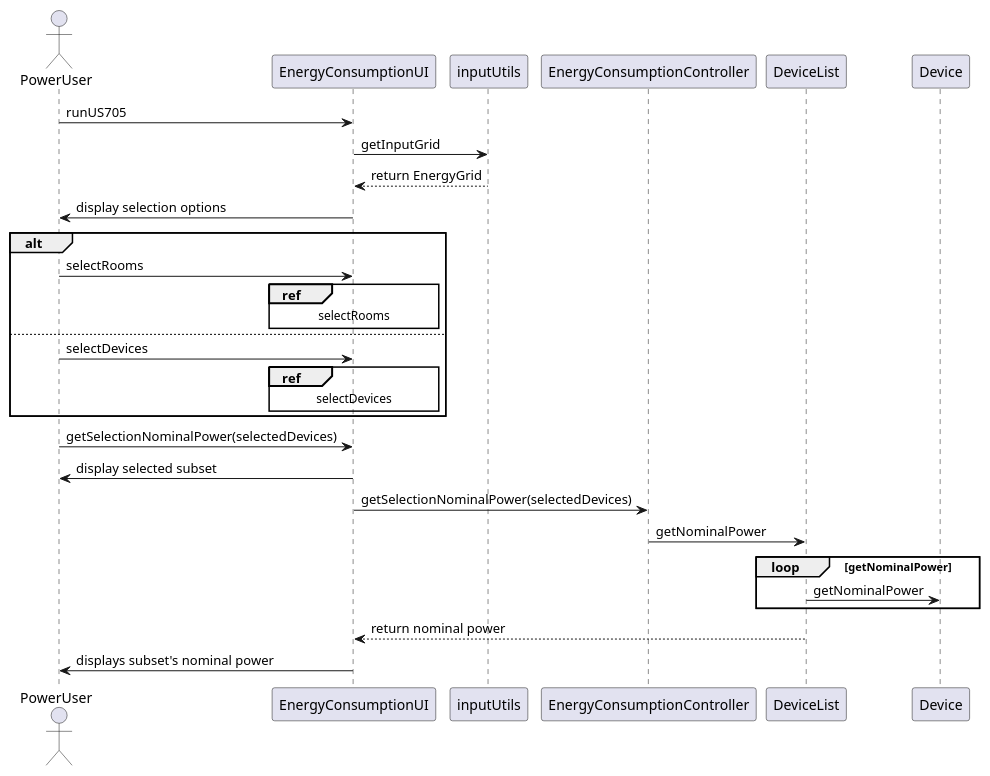
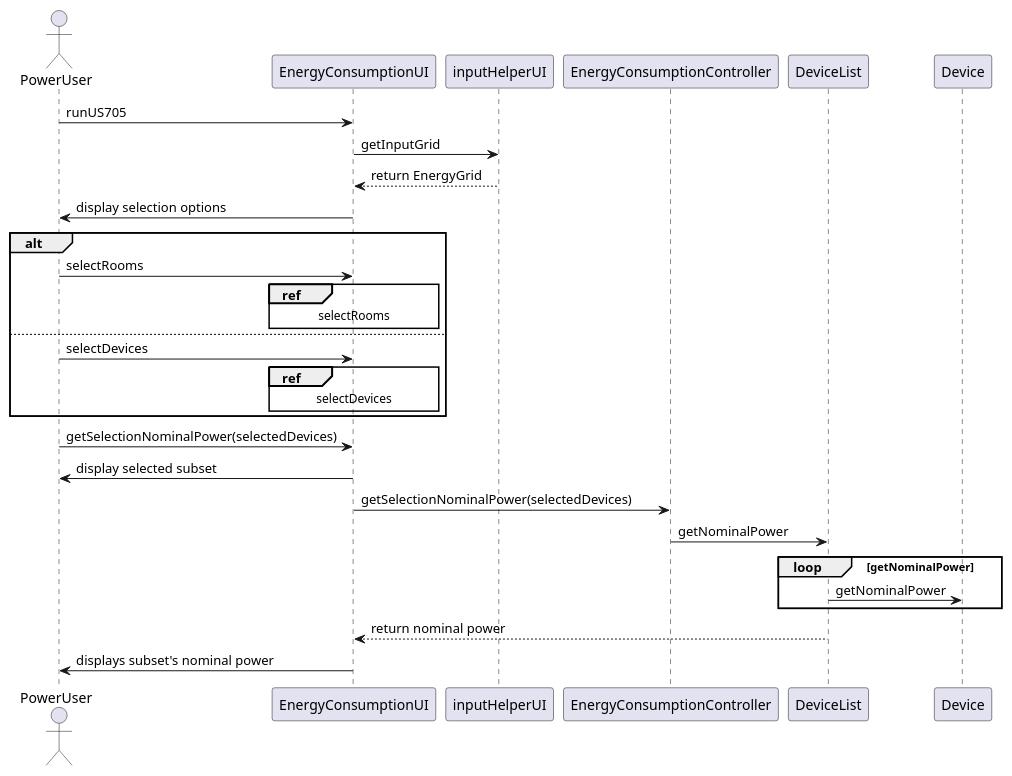
The diagram in src/doc/Controllers/EnergyConsumption/US705/US705_sd_EnergyConsumption.puml (Almadanmp/project), drawn with PlantUML before and after one commit. The commit also changed 14 other files, not shown here.

```diff
--- a/src/doc/Controllers/EnergyConsumption/US705/US705_sd_EnergyConsumption.puml
+++ b/src/doc/Controllers/EnergyConsumption/US705/US705_sd_EnergyConsumption.puml
@@ -1,27 +1,27 @@
 @startuml
 actor PowerUser
 PowerUser -> EnergyConsumptionUI: runUS705
-EnergyConsumptionUI -> inputUtils: getInputGrid
-inputUtils --> EnergyConsumptionUI: return EnergyGrid
+EnergyConsumptionUI -> inputHelperUI: getInputGrid
+inputHelperUI --> EnergyConsumptionUI: return EnergyGrid
 EnergyConsumptionUI -> PowerUser: display selection options
 alt
 PowerUser -> EnergyConsumptionUI: selectRooms
 ref over EnergyConsumptionUI
 selectRooms
 end ref
 else
 PowerUser -> EnergyConsumptionUI: selectDevices
 ref over EnergyConsumptionUI
 selectDevices
 end ref
 end
 PowerUser -> EnergyConsumptionUI: getSelectionNominalPower(selectedDevices)
 EnergyConsumptionUI -> PowerUser: display selected subset
 EnergyConsumptionUI -> EnergyConsumptionController: getSelectionNominalPower(selectedDevices)
 EnergyConsumptionController -> DeviceList: getNominalPower
 loop getNominalPower
 DeviceList -> Device: getNominalPower
 end
 DeviceList --> EnergyConsumptionUI: return nominal power
 EnergyConsumptionUI -> PowerUser: displays subset's nominal power
 @enduml
```
